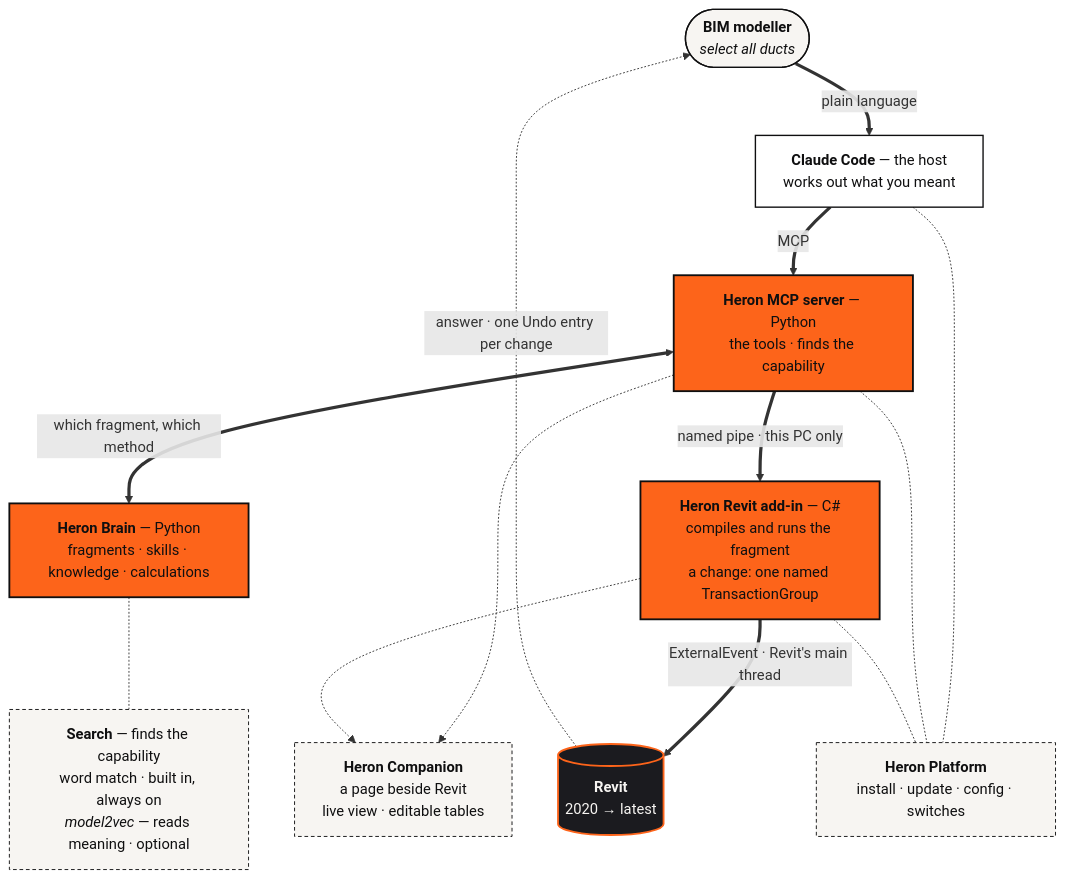
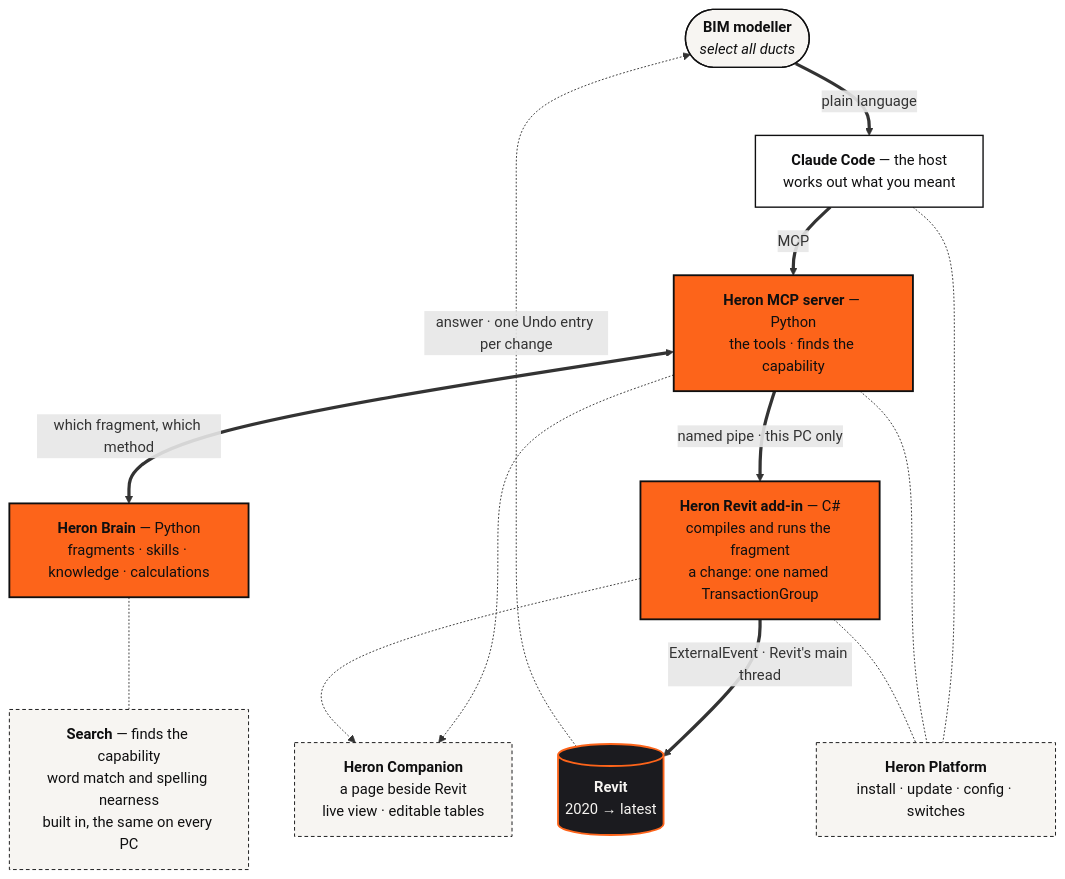
One commit to Ajmalpshaik/Heron-AI changed the first of 2 diagrams in docs/guide/how-heron-works.md. Above: the diagram before and after it, drawn with Mermaid. The commit also changed other lines of this file and 40 other files, not shown here.

First line of the commit message:
Remove model2vec: one built-in search for every modeller (D-203)

````diff
--- a/docs/guide/how-heron-works.md
+++ b/docs/guide/how-heron-works.md
@@ -19,36 +19,36 @@
 ```mermaid
 flowchart TD
     U(["<b>BIM modeller</b><br/><i>select all ducts</i>"])
     CC["<b>Claude Code</b> — the host<br/>works out what you meant"]
     MS["<b>Heron MCP server</b> — Python<br/>the tools · finds the capability"]
     BR["<b>Heron Brain</b> — Python<br/>fragments · skills · knowledge · calculations"]
-    SR["<b>Search</b> — finds the capability<br/>word match · built in, always on<br/><i>model2vec</i> — reads meaning · optional"]
+    SR["<b>Search</b> — finds the capability<br/>word match and spelling nearness<br/>built in, the same on every PC"]
     AD["<b>Heron Revit add-in</b> — C#<br/>compiles and runs the fragment<br/>a change: one named TransactionGroup"]
     RV[("<b>Revit</b><br/>2020 → latest")]
     CP["<b>Heron Companion</b><br/>a page beside Revit<br/>live view · editable tables"]
     PL["<b>Heron Platform</b><br/>install · update · config · switches"]
 
     U ==>|plain language| CC
     CC ==>|MCP| MS
     MS <==>|which fragment, which method| BR
     BR -.- SR
     MS ==>|named pipe · this PC only| AD
     AD ==>|ExternalEvent · Revit's main thread| RV
     RV -.->|answer · one Undo entry per change| U
     MS -.-> CP
     AD -.-> CP
     CC -.- PL
     MS -.- PL
     AD -.- PL
 
     classDef person fill:#F7F5F2,stroke:#0F0F10,stroke-width:1.5px,color:#0F0F10
     classDef host fill:#FFFFFF,stroke:#0F0F10,stroke-width:1.5px,color:#0F0F10
     classDef heron fill:#FD641A,stroke:#0F0F10,stroke-width:2px,color:#0F0F10
     classDef quiet fill:#F7F5F2,stroke:#0F0F10,stroke-width:1px,color:#0F0F10,stroke-dasharray:4 3
     classDef revit fill:#1B1B1F,stroke:#FD641A,stroke-width:2px,color:#F7F5F2
     class U person
     class CC host
     class MS,BR,AD heron
     class SR,CP,PL quiet
     class RV revit
 ```
````
